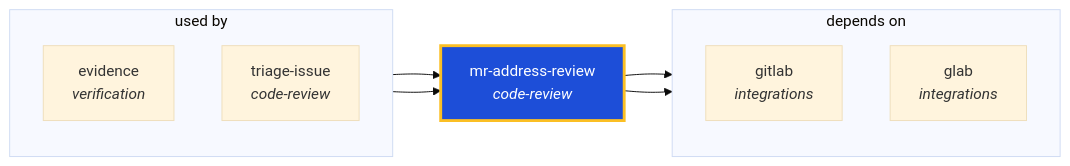
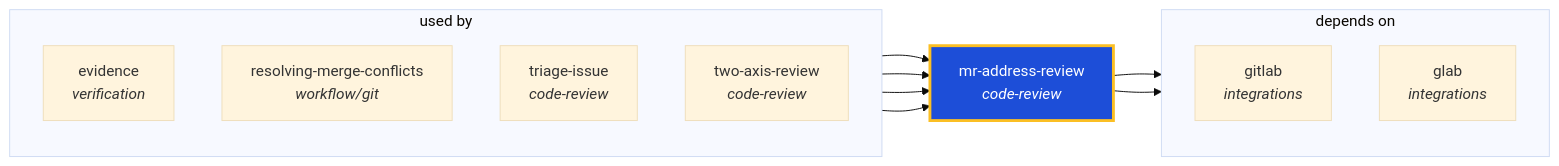
Before and after one commit to ThePlenkov/skills: the diagram in docs/graphs/generated/mr-address-review.md, drawn with Mermaid (base theme). The commit also changed other lines of this file and 76 other files, not shown here.

````diff
--- a/docs/graphs/generated/mr-address-review.md
+++ b/docs/graphs/generated/mr-address-review.md
@@ -22,22 +22,26 @@
 ```mermaid
 graph LR
   mr_address_review["mr-address-review<br/><i>code-review</i>"]
   classDef center fill:#1d4ed8,stroke:#fbbf24,stroke-width:3px,color:#fff
   class mr_address_review center
 
   subgraph sg_used_by["used by"]
     direction TB
     evidence["evidence<br/><i>verification</i>"]
+    resolving_merge_conflicts["resolving-merge-conflicts<br/><i>workflow/git</i>"]
     triage_issue["triage-issue<br/><i>code-review</i>"]
+    two_axis_review["two-axis-review<br/><i>code-review</i>"]
   end
   evidence --> mr_address_review
+  resolving_merge_conflicts --> mr_address_review
   triage_issue --> mr_address_review
+  two_axis_review --> mr_address_review
 
   subgraph sg_depends_on["depends on"]
     direction TB
     gitlab["gitlab<br/><i>integrations</i>"]
     glab["glab<br/><i>integrations</i>"]
   end
   mr_address_review --> gitlab
   mr_address_review --> glab
 ```
````
